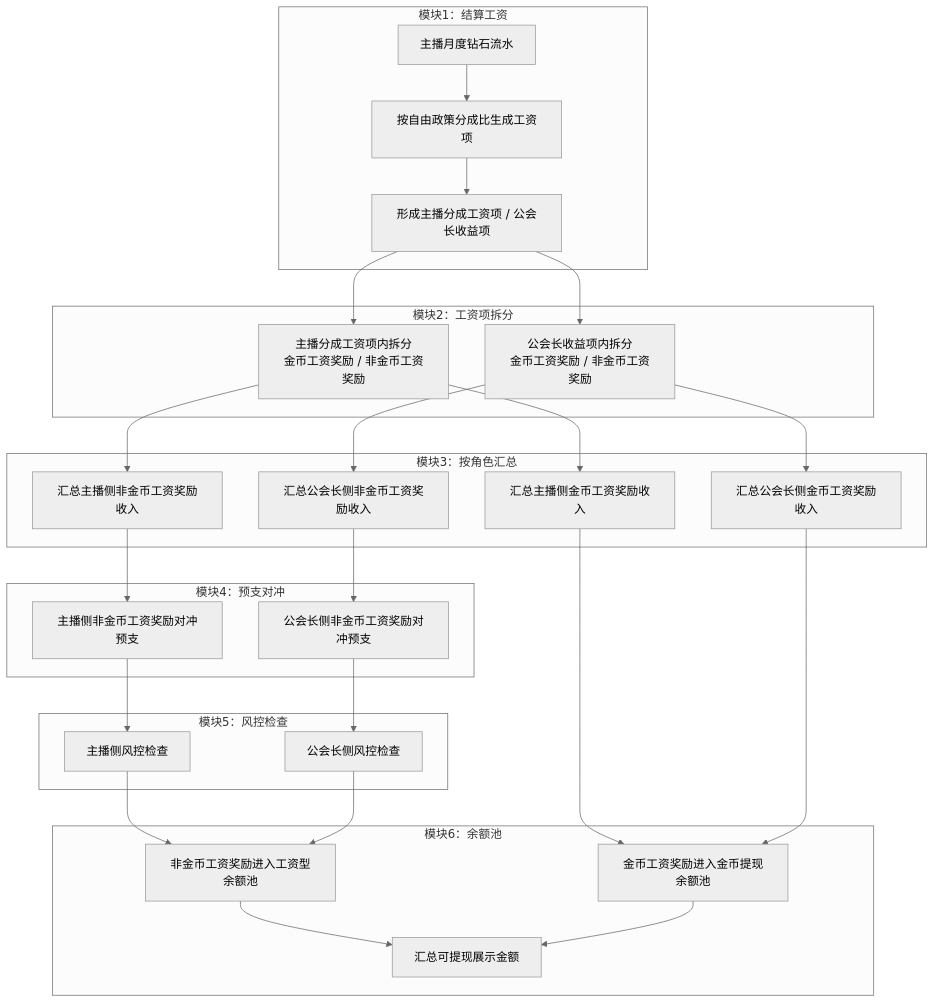
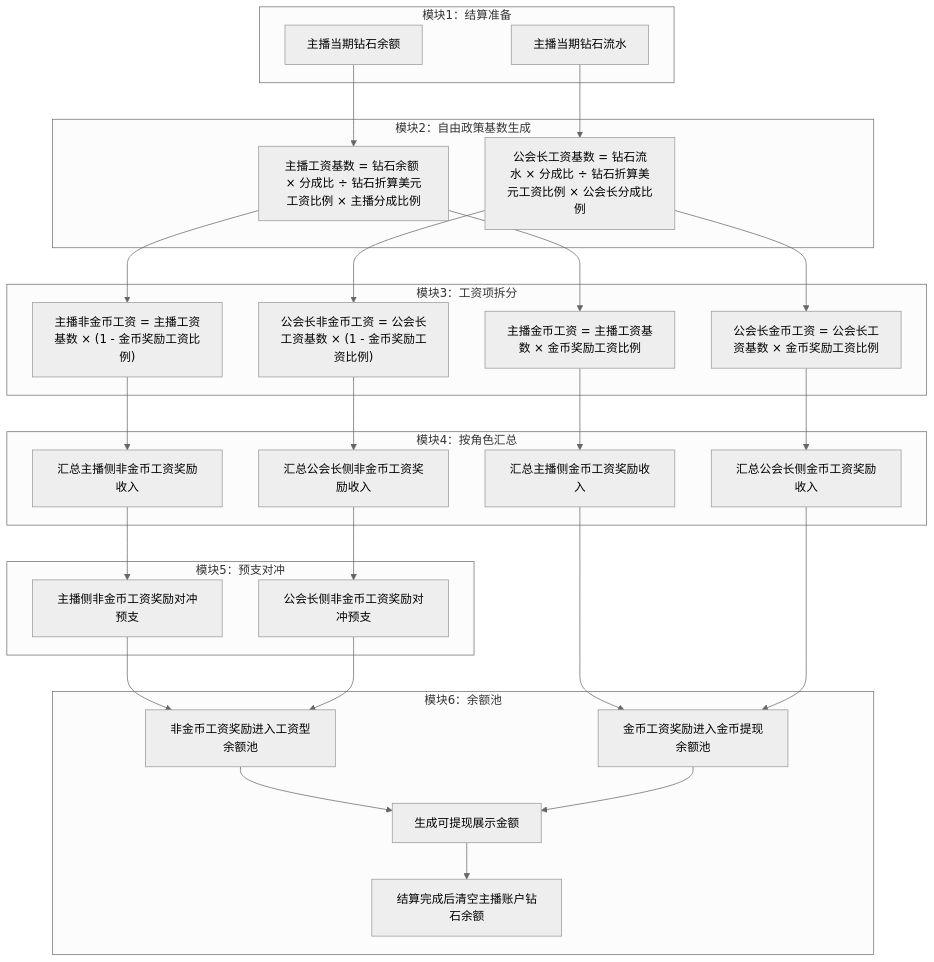
The sixth of 13 diagrams in TALO公会政策_客户端后台需求文档PRD.md (kocekid/TALO-Guild-Policy-Requirements), drawn with Mermaid (neutral theme) before and after one commit. The commit also changed other lines of this file and 18 other files, not shown here.

Commit message:
更新TALO公会政策PRD与原型图

````diff
--- a/TALO公会政策_客户端后台需求文档PRD.md
+++ b/TALO公会政策_客户端后台需求文档PRD.md
@@ -279,56 +272,58 @@
 ```mermaid
 flowchart TD
-    subgraph M1[模块1：结算工资]
-        A1[主播月度钻石流水]
-        A2[按自由政策分成比生成工资项]
-        A3[形成主播分成工资项 / 公会长收益项]
-        A1 --> A2 --> A3
+    subgraph M1[模块1：结算准备]
+        A1[主播当期钻石余额]
+        A2[主播当期钻石流水]
     end
 
-    subgraph M2[模块2：工资项拆分]
-        B1[主播分成工资项内拆分
-金币工资奖励 / 非金币工资奖励]
-        B2[公会长收益项内拆分
-金币工资奖励 / 非金币工资奖励]
+    subgraph M2[模块2：自由政策基数生成]
+        B1[主播工资基数 = 钻石余额 × 分成比 ÷ 钻石折算美元工资比例 × 主播分成比例]
+        B2[公会长工资基数 = 钻石流水 × 分成比 ÷ 钻石折算美元工资比例 × 公会长分成比例]
+        A1 --> B1
+        A2 --> B2
     end
 
-    subgraph M3[模块3：按角色汇总]
-        C1[汇总主播侧非金币工资奖励收入]
-        C2[汇总主播侧金币工资奖励收入]
-        C3[汇总公会长侧非金币工资奖励收入]
-        C4[汇总公会长侧金币工资奖励收入]
+    subgraph M3[模块3：工资项拆分]
+        C1["主播非金币工资 = 主播工资基数 × (1 - 金币奖励工资比例)"]
+        C2["主播金币工资 = 主播工资基数 × 金币奖励工资比例"]
+        C3["公会长非金币工资 = 公会长工资基数 × (1 - 金币奖励工资比例)"]
+        C4["公会长金币工资 = 公会长工资基数 × 金币奖励工资比例"]
     end
 
-    subgraph M4[模块4：预支对冲]
-        D1[主播侧非金币工资奖励对冲预支]
-        D2[公会长侧非金币工资奖励对冲预支]
+    subgraph M4[模块4：按角色汇总]
+        D1[汇总主播侧非金币工资奖励收入]
+        D2[汇总主播侧金币工资奖励收入]
+        D3[汇总公会长侧非金币工资奖励收入]
+        D4[汇总公会长侧金币工资奖励收入]
     end
 
-    subgraph M5[模块5：风控检查]
-        E1[主播侧风控检查]
-        E2[公会长侧风控检查]
+    subgraph M5[模块5：预支对冲]
+        E1[主播侧非金币工资奖励对冲预支]
+        E2[公会长侧非金币工资奖励对冲预支]
     end
 
     subgraph M6[模块6：余额池]
         F1[非金币工资奖励进入工资型余额池]
         F2[金币工资奖励进入金币提现余额池]
-        F3[汇总可提现展示金额]
+        F3[生成可提现展示金额]
+        F4[结算完成后清空主播账户钻石余额]
     end
 
-    A3 --> B1
-    A3 --> B2
     B1 --> C1
     B1 --> C2
     B2 --> C3
     B2 --> C4
     C1 --> D1
-    C3 --> D2
+    C2 --> D2
+    C3 --> D3
+    C4 --> D4
     D1 --> E1
-    D2 --> E2
+    D3 --> E2
     E1 --> F1
     E2 --> F1
-    C2 --> F2
-    C4 --> F2
+    D2 --> F2
+    D4 --> F2
     F1 --> F3
     F2 --> F3
+    F3 --> F4
 ```
````
